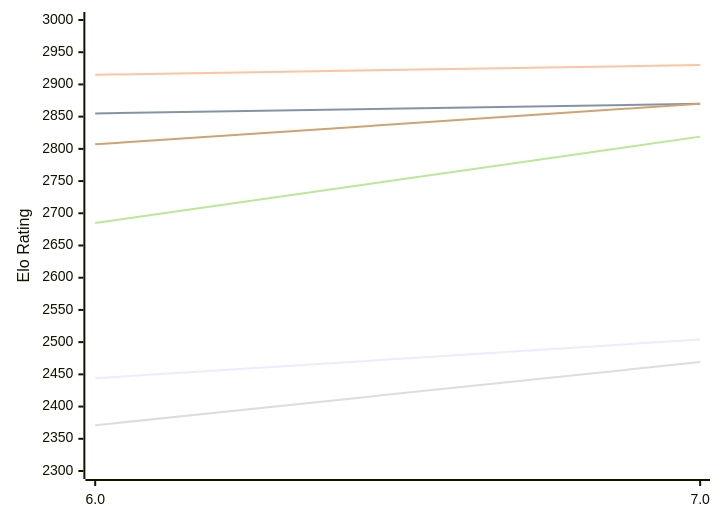
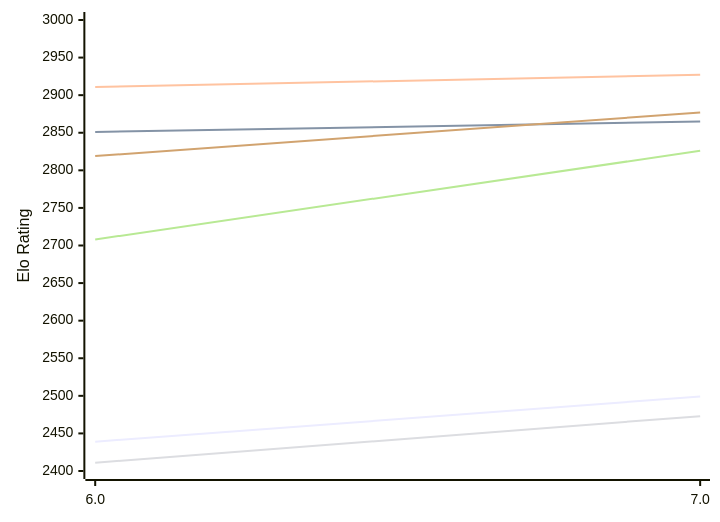
The first of 2 diagrams in engines/tomitankChess.md (computer-chess-index/cci), drawn with Mermaid before and after one commit. The commit also changed other lines of this file, not shown here.

Commit message:
Update CCI Ratings (ELO VLTC) - 2026-11-21

````diff
--- a/engines/tomitankChess.md
+++ b/engines/tomitankChess.md
@@ -51,12 +51,12 @@
 ```mermaid
 %%{init: {"theme":"base","themeVariables":{"seriesColors:['#a3a3a3','#222221','#faa371']}}}%%
 xychart-beta
   x-axis ["6.0", "7.0"]
-  y-axis "Elo Rating" 2300 --> 3000
-  line "E1: STC (8.0+0.08s)" [2444, 2504]
-  line "E1: LTC (60.0+0.60s)" [2855, 2870]
-  line "E1: VLTC (2m24s+1.12s)" [2915, 2930]
-  line "P1: STC (8.0+0.08s)" [2371, 2469]
-  line "P1: LTC (60.0+0.60s)" [2685, 2819]
-  line "P1: VLTC (2m24s+1.12s)" [2807, 2870]
+  y-axis "Elo Rating" 2400 --> 3000
+  line "E1: STC (8.0+0.08s)" [2439, 2499]
+  line "E1: LTC (60.0+0.60s)" [2851, 2865]
+  line "E1: VLTC (2m24s+1.12s)" [2911, 2927]
+  line "P1: STC (8.0+0.08s)" [2411, 2473]
+  line "P1: LTC (60.0+0.60s)" [2708, 2826]
+  line "P1: VLTC (2m24s+1.12s)" [2819, 2877]
 ```
````
